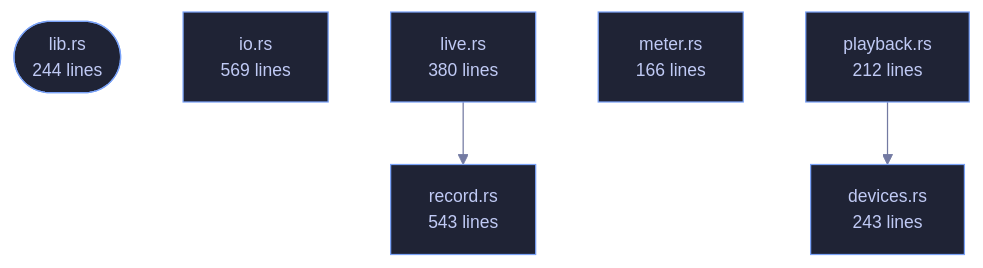
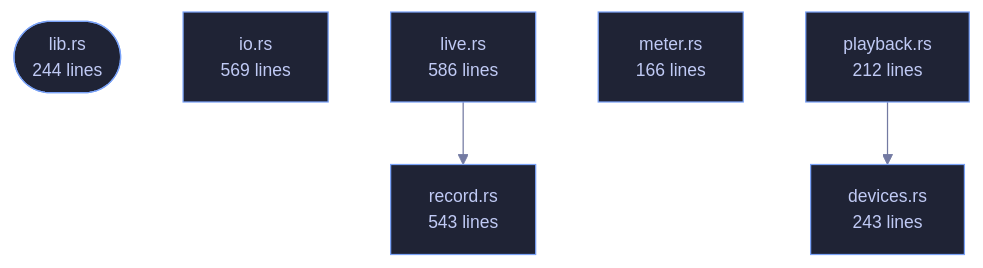
One commit to tilas01/veilvoice changed the diagram in crates/veilvoice-audio/README.md. Above: the diagram before and after it, drawn with Mermaid. The commit also changed other lines of this file and 61 other files, not shown here.

````diff
--- a/crates/veilvoice-audio/README.md
+++ b/crates/veilvoice-audio/README.md
@@ -80,20 +80,20 @@
 ```mermaid
 %%{init: {"theme":"base","themeVariables":{"background":"#1a1b26","primaryColor":"#1f2335","primaryTextColor":"#c0caf5","primaryBorderColor":"#7aa2f7","secondaryColor":"#16161e","tertiaryColor":"#16161e","lineColor":"#737aa2","textColor":"#c0caf5","mainBkg":"#1f2335","nodeBorder":"#7aa2f7","clusterBkg":"#16161e","clusterBorder":"#2f3549","fontFamily":"ui-monospace, SFMono-Regular, Consolas, monospace","fontSize":"14px"}}}%%
 flowchart TD
     n_lib(["lib.rs<br/>244 lines"])
     n_devices["devices.rs<br/>243 lines"]
     n_io["io.rs<br/>569 lines"]
-    n_live["live.rs<br/>380 lines"]
+    n_live["live.rs<br/>586 lines"]
     n_meter["meter.rs<br/>166 lines"]
     n_playback["playback.rs<br/>212 lines"]
     n_record["record.rs<br/>543 lines"]
     n_live --> n_record
     n_playback --> n_devices
     click n_lib href "https://github.com/tilas01/veilvoice/blob/main/crates/veilvoice-audio/src/lib.rs" "open the source"
     click n_devices href "https://github.com/tilas01/veilvoice/blob/main/crates/veilvoice-audio/src/devices.rs" "open the source"
     click n_io href "https://github.com/tilas01/veilvoice/blob/main/crates/veilvoice-audio/src/io.rs" "open the source"
     click n_live href "https://github.com/tilas01/veilvoice/blob/main/crates/veilvoice-audio/src/live.rs" "open the source"
     click n_meter href "https://github.com/tilas01/veilvoice/blob/main/crates/veilvoice-audio/src/meter.rs" "open the source"
     click n_playback href "https://github.com/tilas01/veilvoice/blob/main/crates/veilvoice-audio/src/playback.rs" "open the source"
     click n_record href "https://github.com/tilas01/veilvoice/blob/main/crates/veilvoice-audio/src/record.rs" "open the source"
 ```
````
